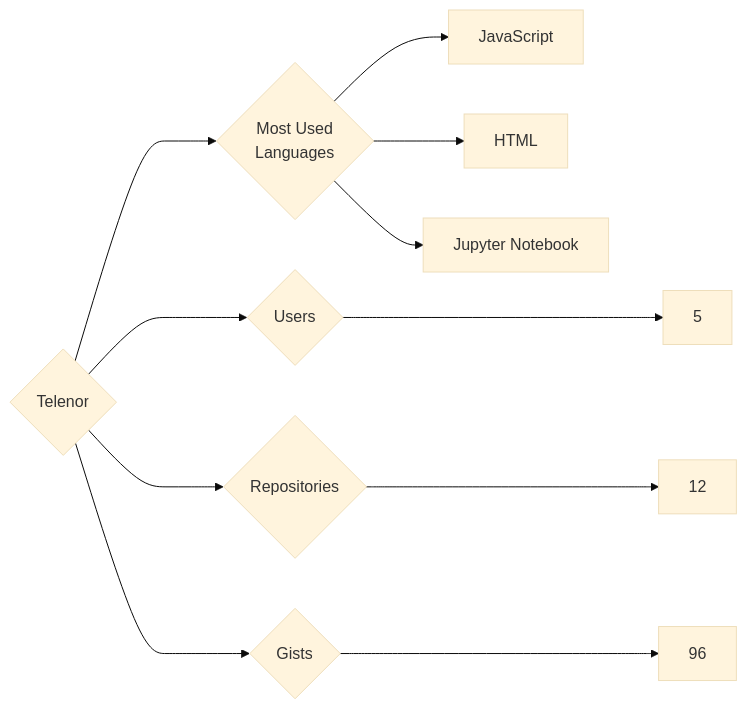
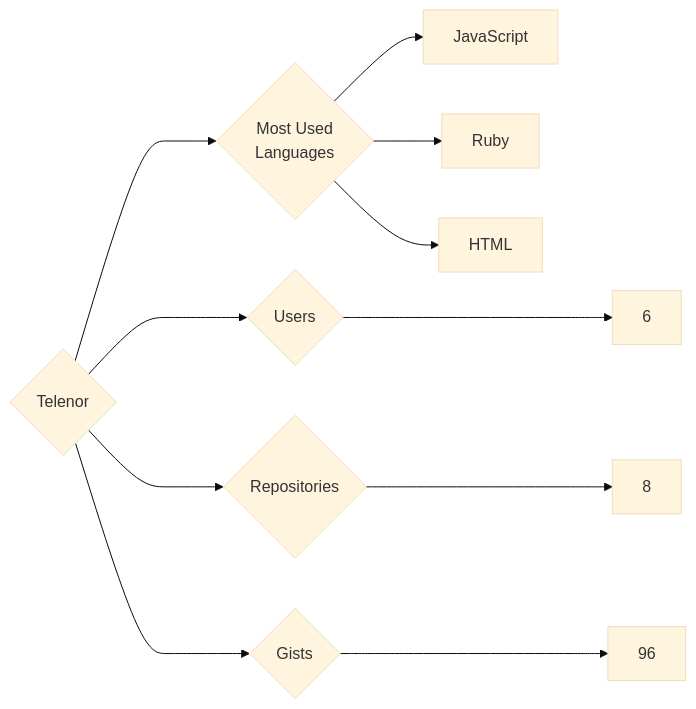
One commit to trickest/insiders changed the diagram in targets/Telenor/README.md. Above: the diagram before and after it, drawn with Mermaid (base theme). The commit also changed 1175 other files, not shown here.

````diff
--- a/targets/Telenor/README.md
+++ b/targets/Telenor/README.md
@@ -3,11 +3,11 @@
 ```mermaid
 graph LR
 COMPANY_NAME{Telenor}
-COMPANY_NAME ---> U{Users} ---> UN[5]
-COMPANY_NAME ---> R{Repositories} ---> RN[12]
+COMPANY_NAME ---> U{Users} ---> UN[6]
+COMPANY_NAME ---> R{Repositories} ---> RN[8]
 COMPANY_NAME ---> G{Gists} ---> GN[96]
 COMPANY_NAME ---> ML{Most Used<br>Languages}
 ML --> JavaScript[JavaScript]
+ML --> Ruby[Ruby]
 ML --> HTML[HTML]
-ML --> Jupyter_Notebook[Jupyter Notebook]
 ```
````
